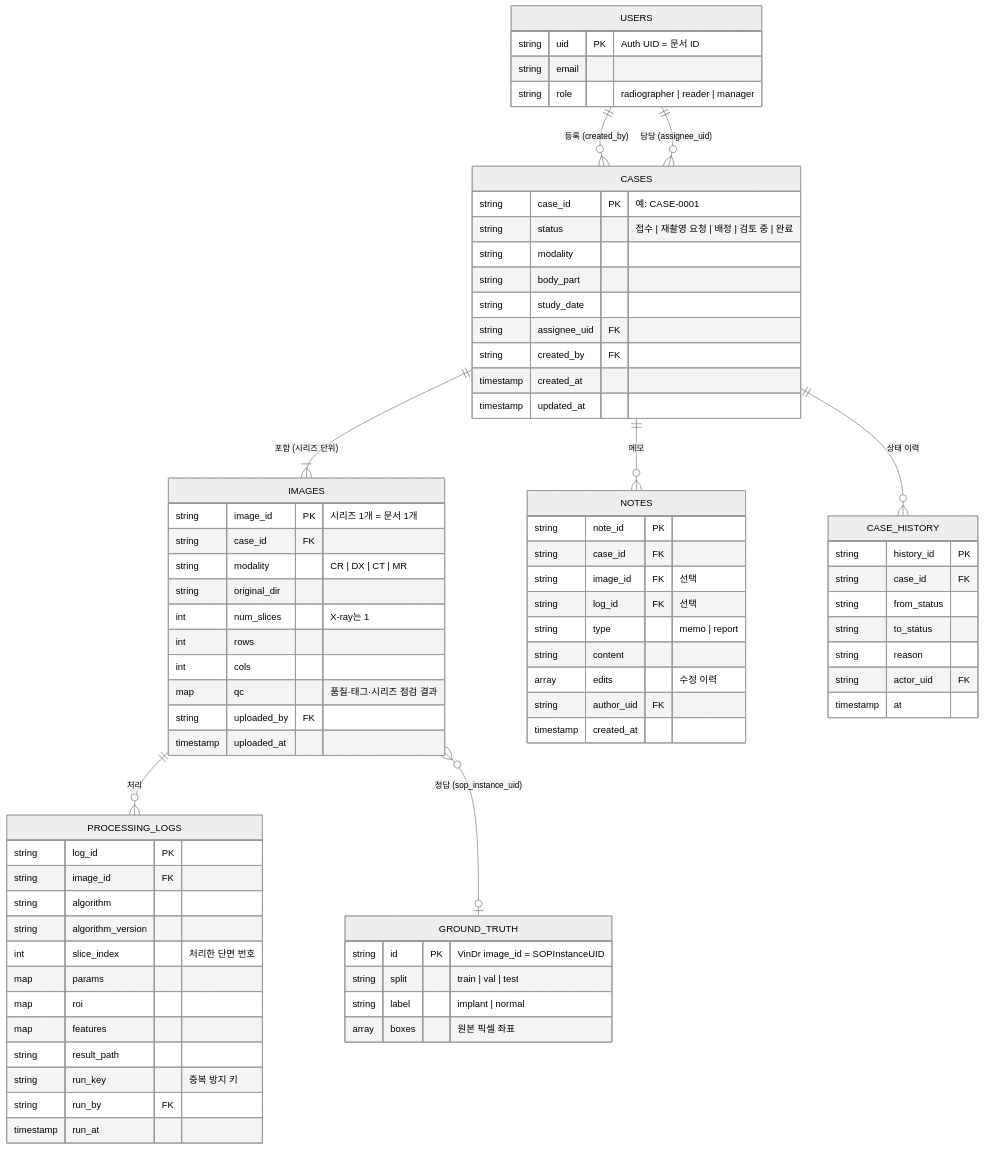
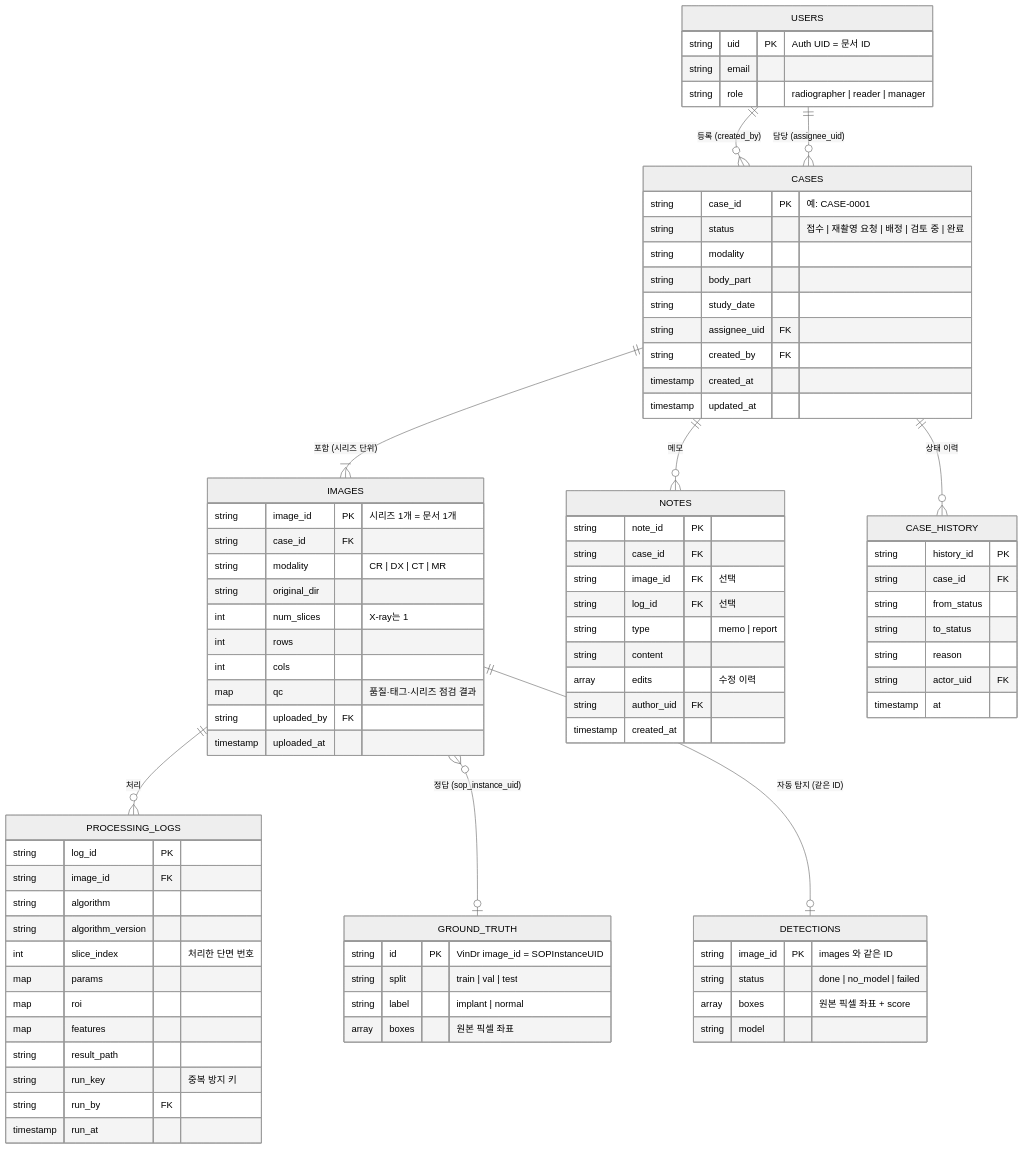
One commit to HyangnamDexter/Team_Project changed the diagram in docs/firestore.md. Above: the diagram before and after it, drawn with Mermaid (neutral theme). The commit also changed other lines of this file and 6 other files, not shown here.

```diff
--- a/docs/firestore.md
+++ b/docs/firestore.md
@@ -22,6 +22,7 @@
     CASES ||--o{ NOTES : "메모"
     CASES ||--o{ CASE_HISTORY : "상태 이력"
     IMAGES }o--o| GROUND_TRUTH : "정답 (sop_instance_uid)"
+    IMAGES ||--o| DETECTIONS : "자동 탐지 (같은 ID)"
 
     USERS {
         string uid PK "Auth UID = 문서 ID"
@@ -76,6 +77,12 @@
         string author_uid FK
         timestamp created_at
     }
+    DETECTIONS {
+        string image_id PK "images 와 같은 ID"
+        string status "done | no_model | failed"
+        array boxes "원본 픽셀 좌표 + score"
+        string model
+    }
     GROUND_TRUTH {
         string id PK "VinDr image_id = SOPInstanceUID"
         string split "train | val | test"
```
